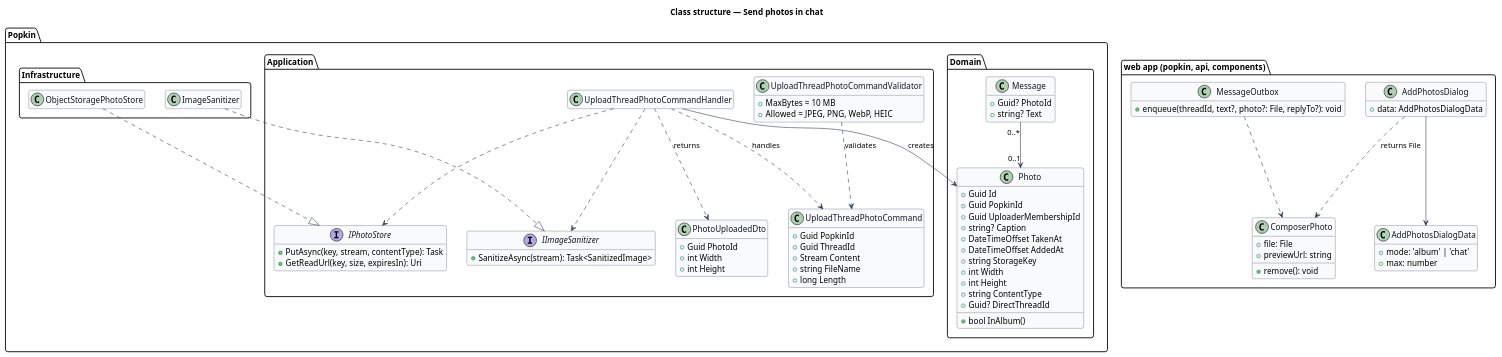
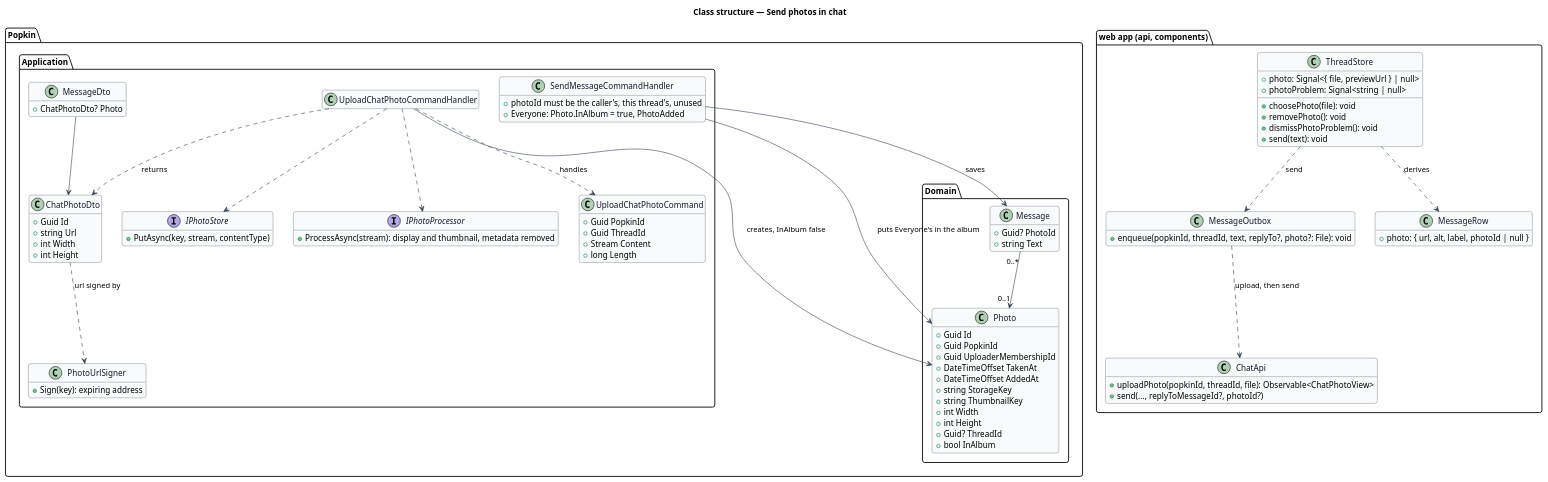
One commit to QuinntyneBrown/popkin changed the diagram in docs/detailed-designs/chat/send-photos-in-chat/diagrams/class-structure.puml. Above: the diagram before and after it, drawn with PlantUML. The commit also changed 10 other files, not shown here.

First line of the commit message:
Settle the design of sending photos in chat

```diff
--- a/docs/detailed-designs/chat/send-photos-in-chat/diagrams/class-structure.puml
+++ b/docs/detailed-designs/chat/send-photos-in-chat/diagrams/class-structure.puml
@@ -1,95 +1,99 @@
 @startuml
 skinparam backgroundColor #FFFFFF
 skinparam shadowing false
 skinparam roundcorner 8
 skinparam defaultFontName Arial
 skinparam ArrowColor #344054
 skinparam class {
   BorderColor #344054
   FontColor #101828
   BackgroundColor #F9FAFB
 }
 hide empty members
 
 title Class structure — Send photos in chat
 
 package "Popkin.Domain" {
   class Photo {
     +Guid Id
     +Guid PopkinId
     +Guid UploaderMembershipId
-    +string? Caption
     +DateTimeOffset TakenAt
     +DateTimeOffset AddedAt
     +string StorageKey
+    +string ThumbnailKey
     +int Width
     +int Height
-    +string ContentType
-    +Guid? DirectThreadId
-    +bool InAlbum()
+    +Guid? ThreadId
+    +bool InAlbum
   }
   class Message {
     +Guid? PhotoId
-    +string? Text
+    +string Text
   }
 }
 package "Popkin.Application" {
-  class UploadThreadPhotoCommand {
+  class UploadChatPhotoCommand {
     +Guid PopkinId
     +Guid ThreadId
     +Stream Content
-    +string FileName
     +long Length
   }
-  class UploadThreadPhotoCommandValidator {
-    +MaxBytes = 10 MB
-    +Allowed = JPEG, PNG, WebP, HEIC
+  class UploadChatPhotoCommandHandler
+  class SendMessageCommandHandler {
+    +photoId must be the caller's, this thread's, unused
+    +Everyone: Photo.InAlbum = true, PhotoAdded
   }
-  class UploadThreadPhotoCommandHandler
-  class PhotoUploadedDto {
-    +Guid PhotoId
+  class ChatPhotoDto {
+    +Guid Id
+    +string Url
     +int Width
     +int Height
   }
+  class MessageDto {
+    +ChatPhotoDto? Photo
+  }
   interface IPhotoStore {
-    +PutAsync(key, stream, contentType): Task
-    +GetReadUrl(key, size, expiresIn): Uri
+    +PutAsync(key, stream, contentType)
   }
-  interface IImageSanitizer {
-    +SanitizeAsync(stream): Task<SanitizedImage>
+  interface IPhotoProcessor {
+    +ProcessAsync(stream): display and thumbnail, metadata removed
+  }
+  class PhotoUrlSigner {
+    +Sign(key): expiring address
   }
 }
-package "Popkin.Infrastructure" {
-  class ObjectStoragePhotoStore
-  class ImageSanitizer
-}
-package "web app (popkin, api, components)" {
-  class AddPhotosDialog {
-    +data: AddPhotosDialogData
-  }
-  class AddPhotosDialogData {
-    +mode: 'album' | 'chat'
-    +max: number
-  }
-  class ComposerPhoto {
-    +file: File
-    +previewUrl: string
-    +remove(): void
+package "web app (api, components)" {
+  class ThreadStore {
+    +photo: Signal<{ file, previewUrl } | null>
+    +photoProblem: Signal<string | null>
+    +choosePhoto(file): void
+    +removePhoto(): void
+    +dismissPhotoProblem(): void
+    +send(text): void
   }
   class MessageOutbox {
-    +enqueue(threadId, text?, photo?: File, replyTo?): void
+    +enqueue(popkinId, threadId, text, replyTo?, photo?: File): void
+  }
+  class ChatApi {
+    +uploadPhoto(popkinId, threadId, file): Observable<ChatPhotoView>
+    +send(..., replyToMessageId?, photoId?)
+  }
+  class MessageRow {
+    +photo: { url, alt, label, photoId | null }
   }
 }
-UploadThreadPhotoCommandHandler ..> UploadThreadPhotoCommand : handles
-UploadThreadPhotoCommandValidator ..> UploadThreadPhotoCommand : validates
-UploadThreadPhotoCommandHandler ..> IImageSanitizer
-UploadThreadPhotoCommandHandler ..> IPhotoStore
-UploadThreadPhotoCommandHandler --> Photo : creates
-UploadThreadPhotoCommandHandler ..> PhotoUploadedDto : returns
-ObjectStoragePhotoStore ..|> IPhotoStore
-ImageSanitizer ..|> IImageSanitizer
+UploadChatPhotoCommandHandler ..> UploadChatPhotoCommand : handles
+UploadChatPhotoCommandHandler ..> IPhotoProcessor
+UploadChatPhotoCommandHandler ..> IPhotoStore
+UploadChatPhotoCommandHandler --> Photo : creates, InAlbum false
+UploadChatPhotoCommandHandler ..> ChatPhotoDto : returns
+SendMessageCommandHandler --> Message : saves
+SendMessageCommandHandler --> Photo : puts Everyone's in the album
+MessageDto --> ChatPhotoDto
+ChatPhotoDto ..> PhotoUrlSigner : url signed by
 Message "0..*" --> "0..1" Photo
-AddPhotosDialog --> AddPhotosDialogData
-AddPhotosDialog ..> ComposerPhoto : returns File
-MessageOutbox ..> ComposerPhoto
+ThreadStore ..> MessageOutbox : send
+MessageOutbox ..> ChatApi : upload, then send
+ThreadStore ..> MessageRow : derives
 @enduml
```
